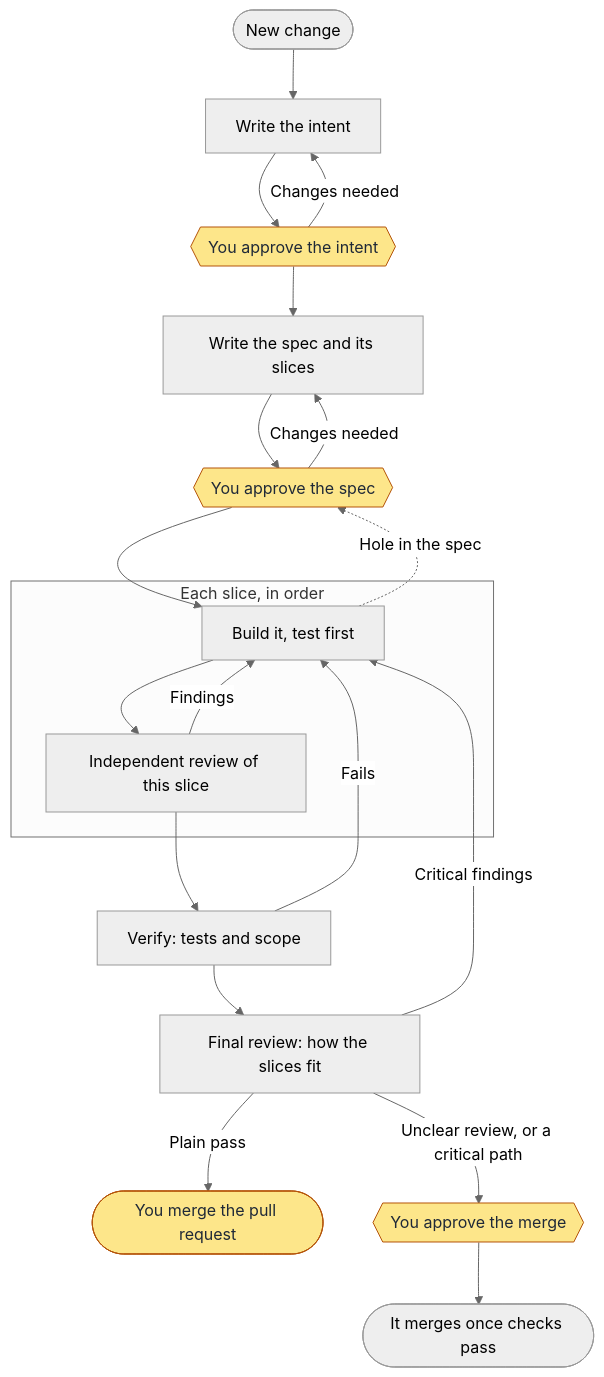
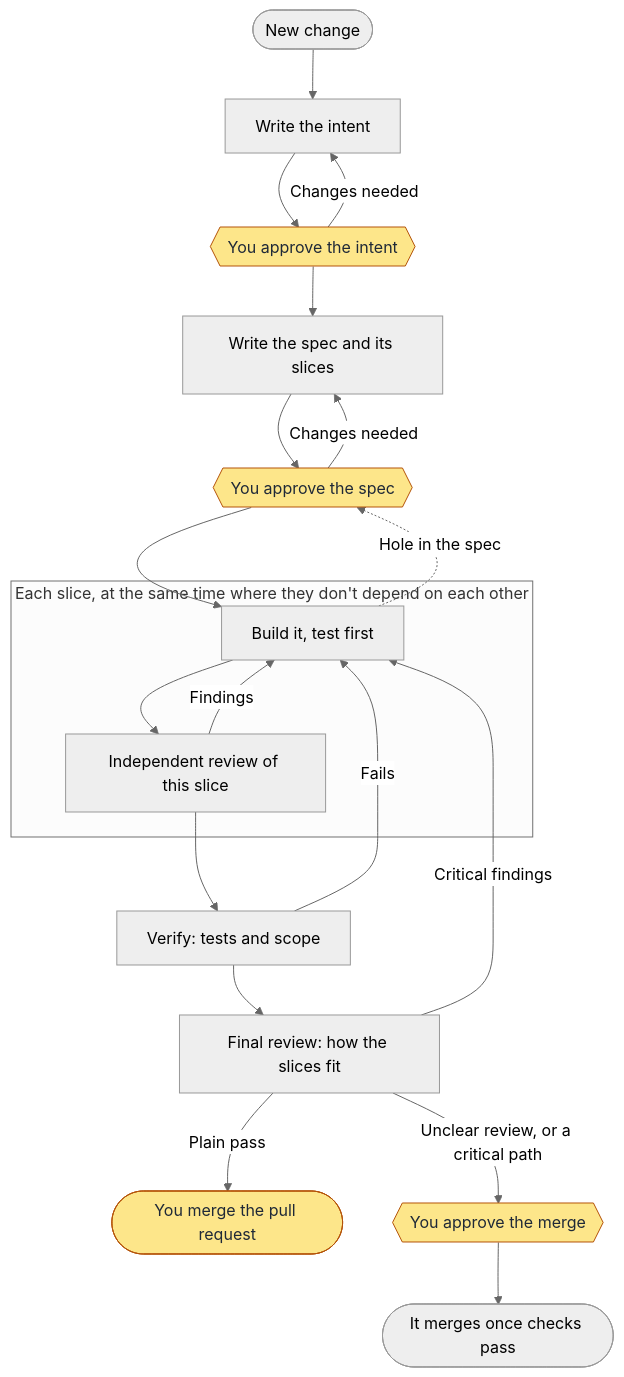
Before and after one commit to shortlst-ai/agentic-sdlc: the first of 2 diagrams in README.md, drawn with Mermaid (neutral theme). The commit also changed other lines of this file and 41 other files, not shown here.

First line of the commit message:
Give each change its own worktree and window, and build independent slices at once

````diff
--- a/README.md
+++ b/README.md
@@ -56,28 +56,28 @@
 ```mermaid
 flowchart TD
     start([New change]) --> intent[Write the intent]
     intent --> gateIntent{{You approve the intent}}
     gateIntent -->|Changes needed| intent
     gateIntent --> spec[Write the spec and its slices]
     spec --> gateSpec{{You approve the spec}}
     gateSpec -->|Changes needed| spec
 
     gateSpec --> build
 
-    subgraph slices [Each slice, in order]
+    subgraph slices [Each slice, at the same time where they don't depend on each other]
         build[Build it, test first] --> sliceReview[Independent review of this slice]
         sliceReview -->|Findings| build
     end
 
     sliceReview --> verify[Verify: tests and scope]
     verify --> final[Final review: how the slices fit]
     verify -->|Fails| build
     final -->|Critical findings| build
     final -->|Plain pass| done([You merge the pull request])
     final -->|Unclear review, or a critical path| gateMerge{{You approve the merge}}
     gateMerge --> merged([It merges once checks pass])
     build -.->|Hole in the spec| gateSpec
 
     classDef you fill:#fde68a,stroke:#b45309,color:#1f2937
     class gateIntent,gateSpec,gateMerge,done you
 ```
````
